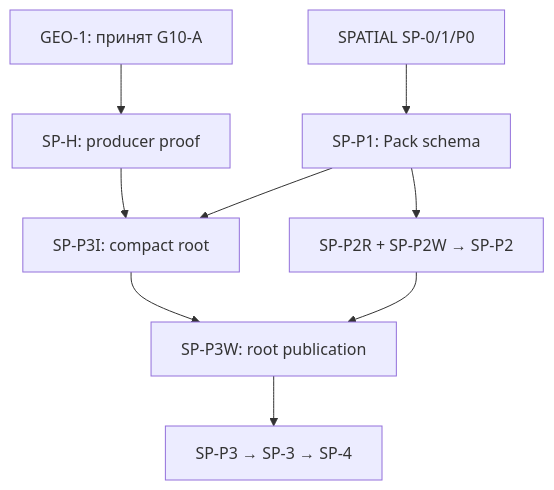
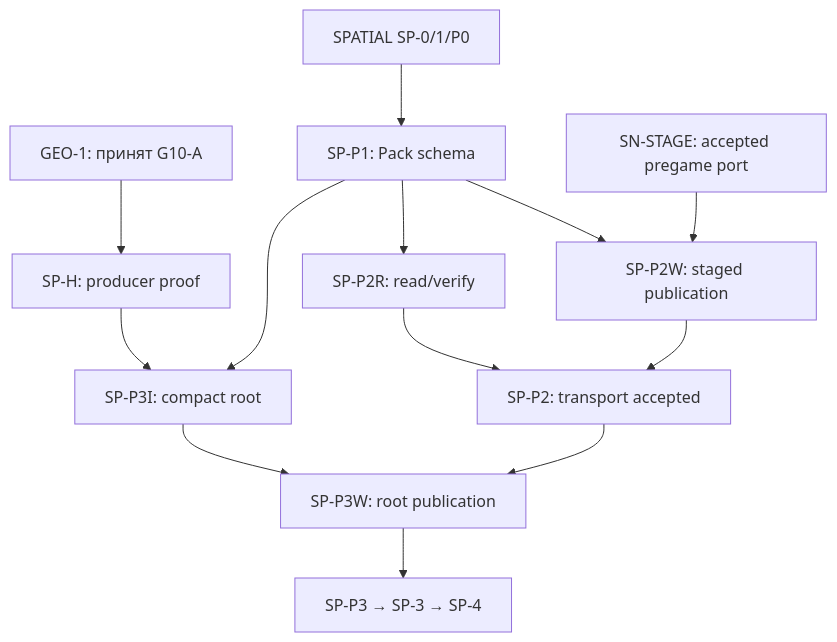
Before and after one commit to AndrewBondaren/AI-Project: the first of 2 diagrams in .cursor/plans/world-generation-plan-dependency-graph.md, drawn with Mermaid. The commit also changed other lines of this file, not shown here.

Commit message:
WORLD-PLAN-GRAPH-1: expose current Snapshot gates and parallel work lanes

````diff
--- a/.cursor/plans/world-generation-plan-dependency-graph.md
+++ b/.cursor/plans/world-generation-plan-dependency-graph.md
@@ -33,11 +49,15 @@
 ```mermaid
 flowchart TD
     G["GEO-1: принят G10-A"] --> H["SP-H: producer proof"]
     S["SPATIAL SP-0/1/P0"] --> P1["SP-P1: Pack schema"]
-    P1 --> T["SP-P2R + SP-P2W → SP-P2"]
+    P1 --> PR["SP-P2R: read/verify"]
+    P1 --> PW["SP-P2W: staged publication"]
+    ST["SN-STAGE: accepted pregame port"] --> PW
+    PR --> P2["SP-P2: transport accepted"]
+    PW --> P2
     H --> I["SP-P3I: compact root"]
     P1 --> I
     I --> W["SP-P3W: root publication"]
-    T --> W
+    P2 --> W
     W --> R["SP-P3 → SP-3 → SP-4"]
 ```
````
